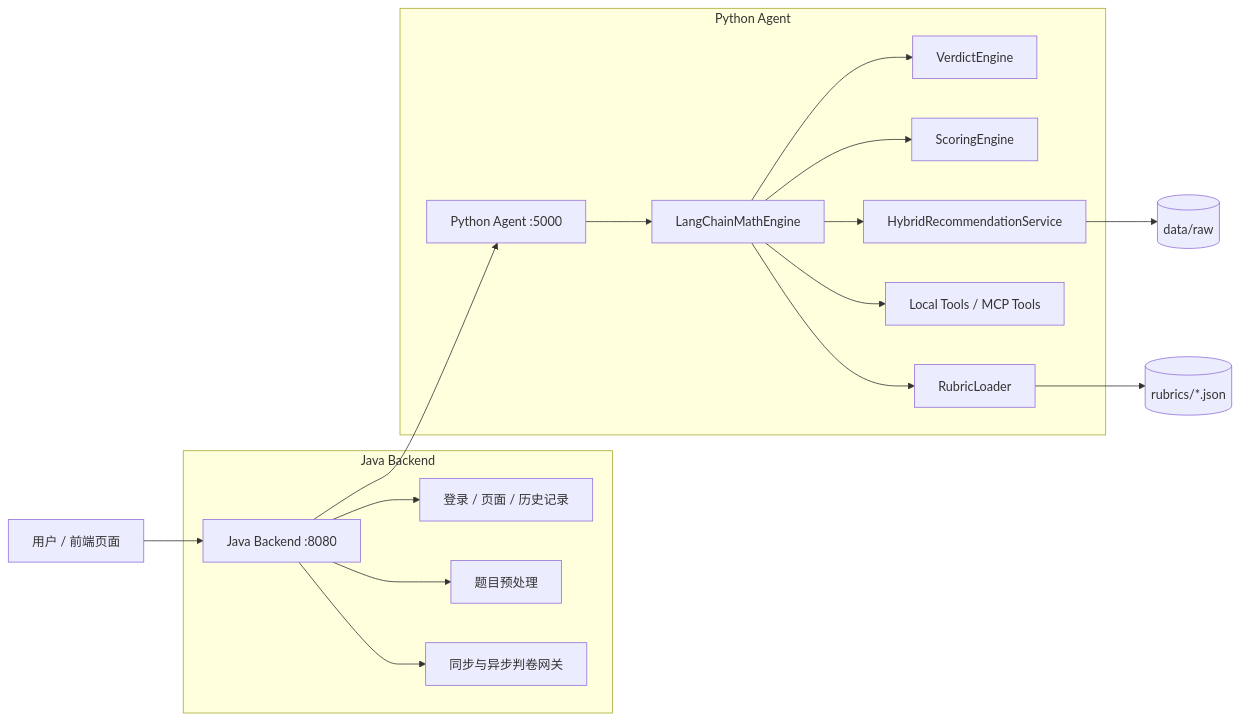
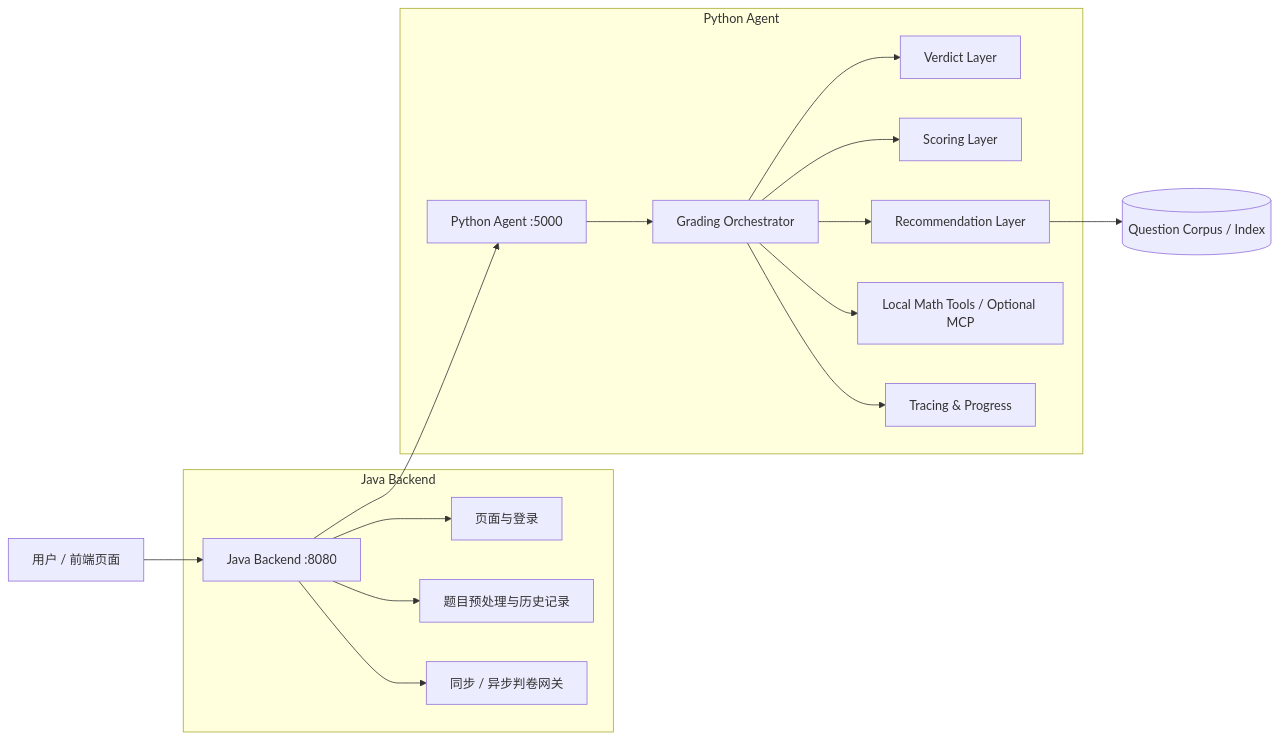
The first of 2 diagrams in README.md (KivenCyril/MathGrader), drawn with Mermaid before and after one commit. The commit also changed other lines of this file and 52 other files, not shown here.

First line of the commit message:
feat: optimize frontend, RAG, and lightweight architecture

````diff
--- a/README.md
+++ b/README.md
@@ -34,23 +34,22 @@
 ```mermaid
 flowchart LR
     U[用户 / 前端页面] --> J[Java Backend :8080]
     J --> P[Python Agent :5000]
 
     subgraph JAVA[Java Backend]
-      J --> J1[登录 / 页面 / 历史记录]
-      J --> J2[题目预处理]
-      J --> J3[同步与异步判卷网关]
+      J --> J1[页面与登录]
+      J --> J2[题目预处理与历史记录]
+      J --> J3[同步 / 异步判卷网关]
     end
 
     subgraph PY[Python Agent]
-      P --> E[LangChainMathEngine]
-      E --> V[VerdictEngine]
-      E --> S[ScoringEngine]
-      E --> R[HybridRecommendationService]
-      E --> T[Local Tools / MCP Tools]
-      E --> RB[RubricLoader]
+      P --> E[Grading Orchestrator]
+      E --> V[Verdict Layer]
+      E --> S[Scoring Layer]
+      E --> R[Recommendation Layer]
+      E --> T[Local Math Tools / Optional MCP]
+      E --> O[Tracing & Progress]
     end
 
-    R --> D[(data/raw)]
-    RB --> RU[(rubrics/*.json)]
+    R --> D[(Question Corpus / Index)]
 ```
````
